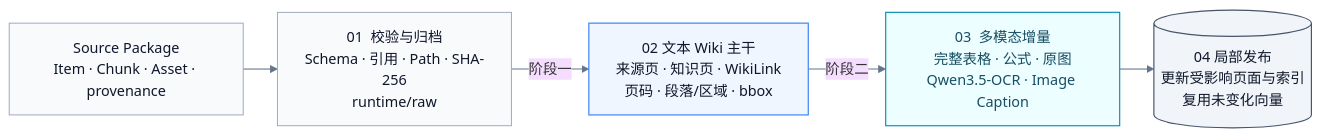
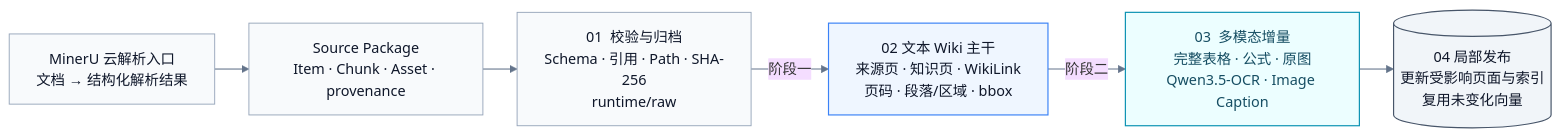
The second of 3 diagrams in README.md (yooa722/multimodal-llm-wiki), drawn with Mermaid before and after one commit. The commit also changed other lines of this file and 2409 other files, not shown here.

````diff
--- a/README.md
+++ b/README.md
@@ -80,18 +83,19 @@
 ```mermaid
 %%{init: {"theme":"base","flowchart":{"curve":"linear","nodeSpacing":32,"rankSpacing":38},"themeVariables":{"fontFamily":"Inter, -apple-system, BlinkMacSystemFont, Segoe UI, sans-serif"}}}%%
 flowchart LR
-    A["Source Package<br/>Item · Chunk · Asset · provenance"] --> B["01  校验与归档<br/>Schema · 引用 · Path · SHA-256<br/>runtime/raw"]
+    M["MinerU 云解析入口<br/>文档 → 结构化解析结果"] --> A["Source Package<br/>Item · Chunk · Asset · provenance"]
+    A --> B["01  校验与归档<br/>Schema · 引用 · Path · SHA-256<br/>runtime/raw"]
     B -->|"阶段一"| C["02  文本 Wiki 主干<br/>来源页 · 知识页 · WikiLink<br/>页码 · 段落/区域 · bbox"]
     C -->|"阶段二"| D["03  多模态增量<br/>完整表格 · 公式 · 原图<br/>Qwen3.5-OCR · Image Caption"]
     D --> E[("04  局部发布<br/>更新受影响页面与索引<br/>复用未变化向量")]
 
-    class A,B neutral
+    class M,A,B neutral
     class C core
     class D multimodal
     class E storage
     classDef neutral fill:#F8FAFC,stroke:#94A3B8,color:#0F172A,stroke-width:1px
     classDef core fill:#EFF6FF,stroke:#3B82F6,color:#0F172A,stroke-width:1.3px
     classDef multimodal fill:#ECFEFF,stroke:#0891B2,color:#164E63,stroke-width:1.3px
     classDef storage fill:#F1F5F9,stroke:#475569,color:#0F172A,stroke-width:1.3px
     linkStyle default stroke:#64748B,stroke-width:1.2px
 ```
````
